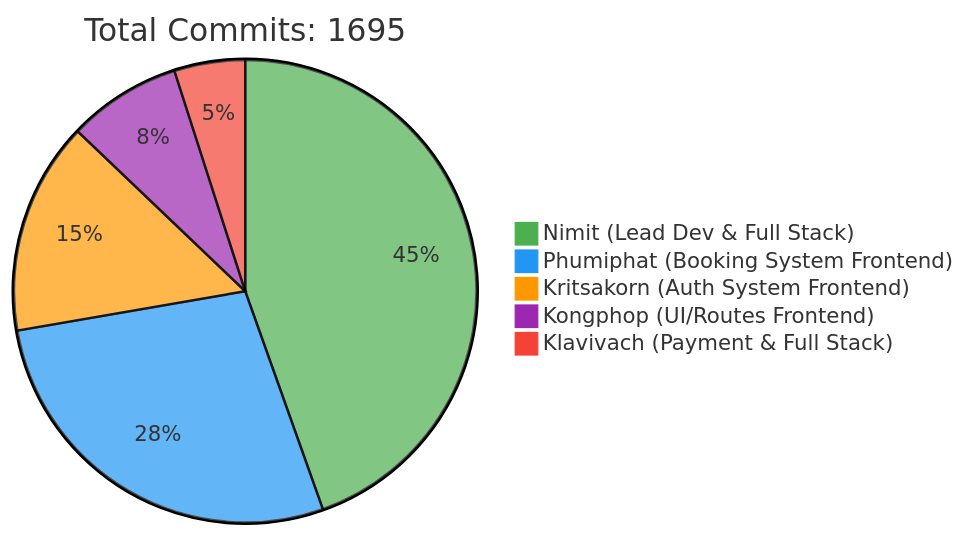
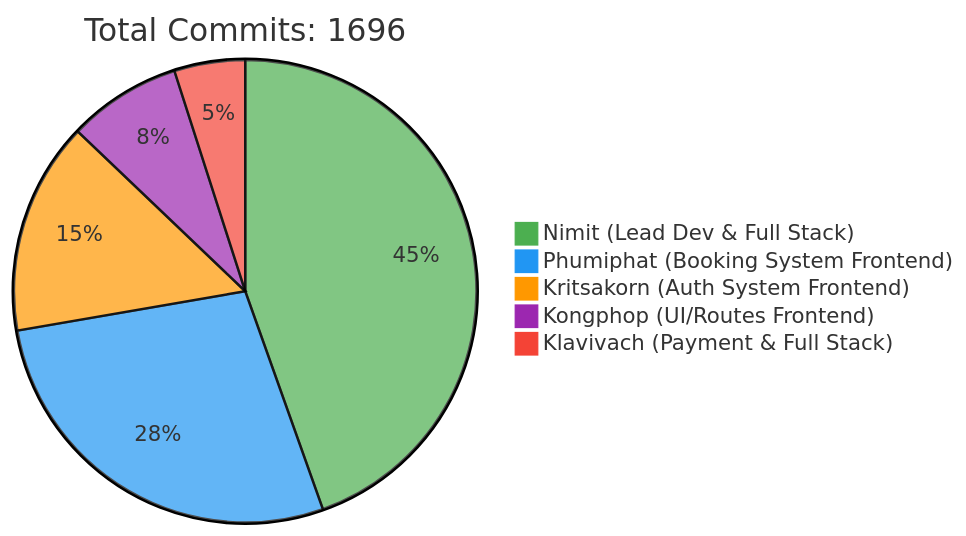
Before and after one commit to 6531503042/Sport-Complex: the first of 2 diagrams in README.md, drawn with Mermaid. The commit also changed other lines of this file, not shown here.

Commit message:
docs: Update contributor statistics [skip ci]

````diff
--- a/README.md
+++ b/README.md
@@ -257,10 +257,10 @@
 ```mermaid
 %%{init: {'theme': 'base', 'themeVariables': { 'pie1': '#4CAF50', 'pie2': '#2196F3', 'pie3': '#FF9800', 'pie4': '#9C27B0', 'pie5': '#F44336'}}}%%
 pie
-    title Total Commits: 1695
+    title Total Commits: 1696
     "Nimit (Lead Dev & Full Stack)" : 450
     "Phumiphat (Booking System Frontend)" : 280
     "Kritsakorn (Auth System Frontend)" : 150
     "Kongphop (UI/Routes Frontend)" : 80
     "Klavivach (Payment & Full Stack)" : 50
 ```
````
